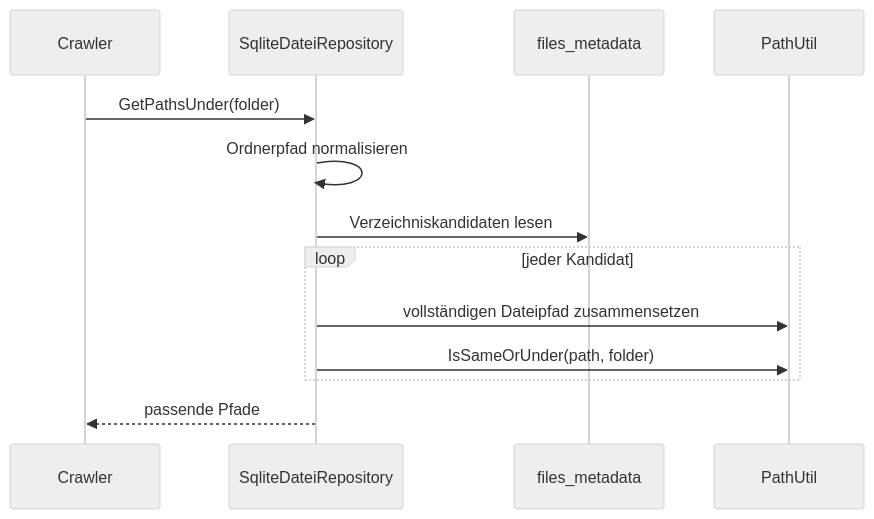
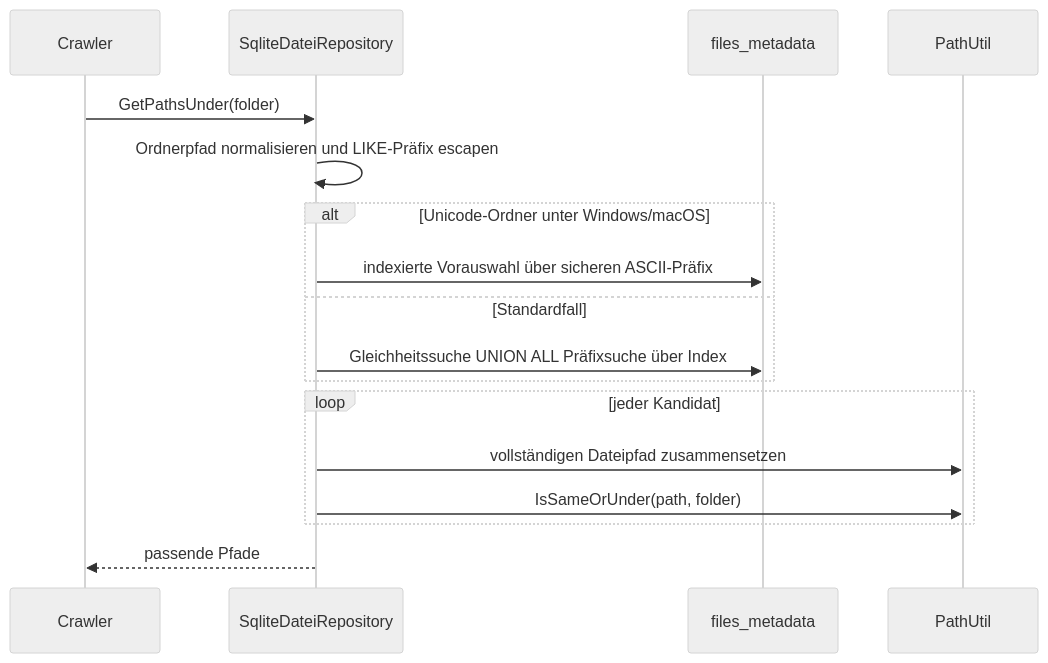
One commit to Henry-lge/PowerShell-Suchmaschine changed the ninth of 12 diagrams in DATABASE.md. Above: the diagram before and after it, drawn with Mermaid (neutral theme). The commit also changed other lines of this file and 2 other files, not shown here.

````diff
--- a/DATABASE.md
+++ b/DATABASE.md
@@ -741,15 +962,19 @@
 ```mermaid
 sequenceDiagram
     participant Caller as Crawler
     participant Repo as SqliteDateiRepository
     participant DB as files_metadata
     participant Path as PathUtil
     Caller->>Repo: GetPathsUnder(folder)
-    Repo->>Repo: Ordnerpfad normalisieren
-    Repo->>DB: Verzeichniskandidaten lesen
+    Repo->>Repo: Ordnerpfad normalisieren und LIKE-Präfix escapen
+    alt Unicode-Ordner unter Windows/macOS
+        Repo->>DB: indexierte Vorauswahl über sicheren ASCII-Präfix
+    else Standardfall
+        Repo->>DB: Gleichheitssuche UNION ALL Präfixsuche über Index
+    end
     loop jeder Kandidat
         Repo->>Path: vollständigen Dateipfad zusammensetzen
         Repo->>Path: IsSameOrUnder(path, folder)
     end
     Repo-->>Caller: passende Pfade
 ```
````
